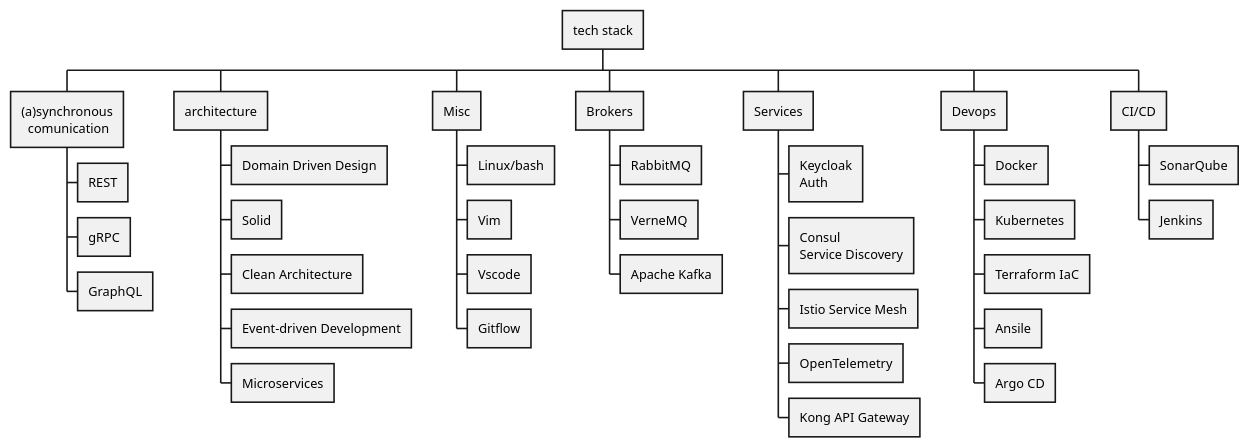
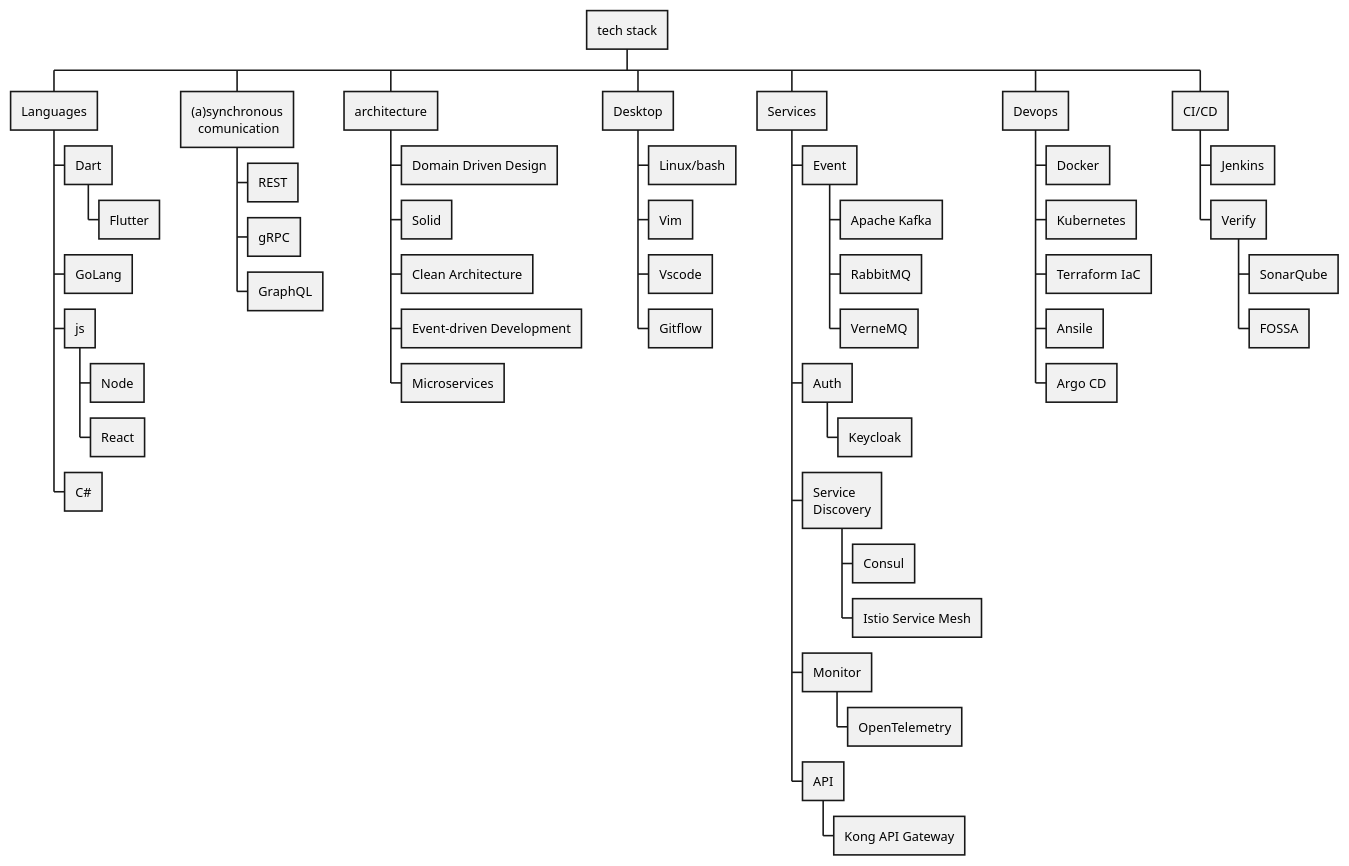
The diagram in docs/images/diagrams_plant_uml.md (lucribas/sw-competences), drawn with PlantUML before and after one commit. The commit also changed other lines of this file and 2 other files, not shown here.

Commit message:
draft graph

````diff
--- a/docs/images/diagrams_plant_uml.md
+++ b/docs/images/diagrams_plant_uml.md
@@ -3,45 +3,62 @@
 ```plantuml
 @startwbs
 * tech stack
+
+** Languages
+*** Dart
+**** Flutter
+*** GoLang
+*** js
+**** Node
+**** React
+*** C#
+
+
 ** (a)synchronous\n  comunication
 *** REST
 *** gRPC
 *** GraphQL
+
 ** architecture
 *** Domain Driven Design
 *** Solid
 *** Clean Architecture
 *** Event-driven Development
 *** Microservices
 
-** Misc
+** Desktop
 *** Linux/bash
 *** Vim
 *** Vscode
 *** Gitflow
 
-** Brokers
-*** RabbitMQ
-*** VerneMQ
-*** Apache Kafka
-
 ** Services
-*** Keycloak\nAuth
-*** Consul\nService Discovery
-*** Istio Service Mesh
-*** OpenTelemetry
-*** Kong API Gateway
+*** Event
+**** Apache Kafka
+**** RabbitMQ
+**** VerneMQ
+*** Auth
+**** Keycloak
+*** Service\nDiscovery
+**** Consul
+**** Istio Service Mesh
+*** Monitor
+**** OpenTelemetry
+*** API
+**** Kong API Gateway
 
 ** Devops
 *** Docker
 *** Kubernetes
 *** Terraform IaC
 *** Ansile
 *** Argo CD
 
 ** CI/CD
-*** SonarQube
 *** Jenkins
+*** Verify
+**** SonarQube
+**** FOSSA
 
 @endwbs
 ```
````
